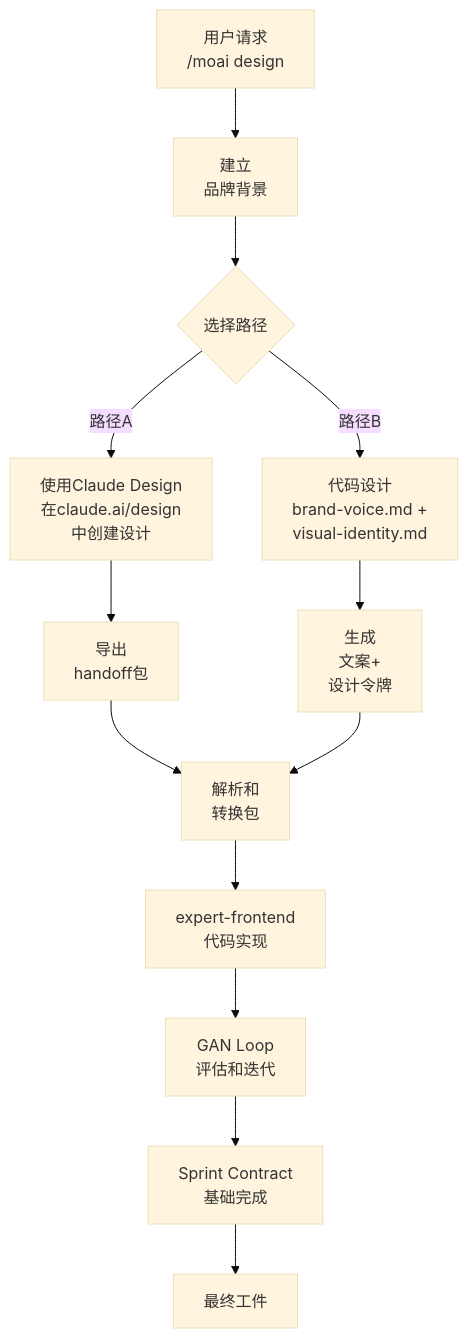
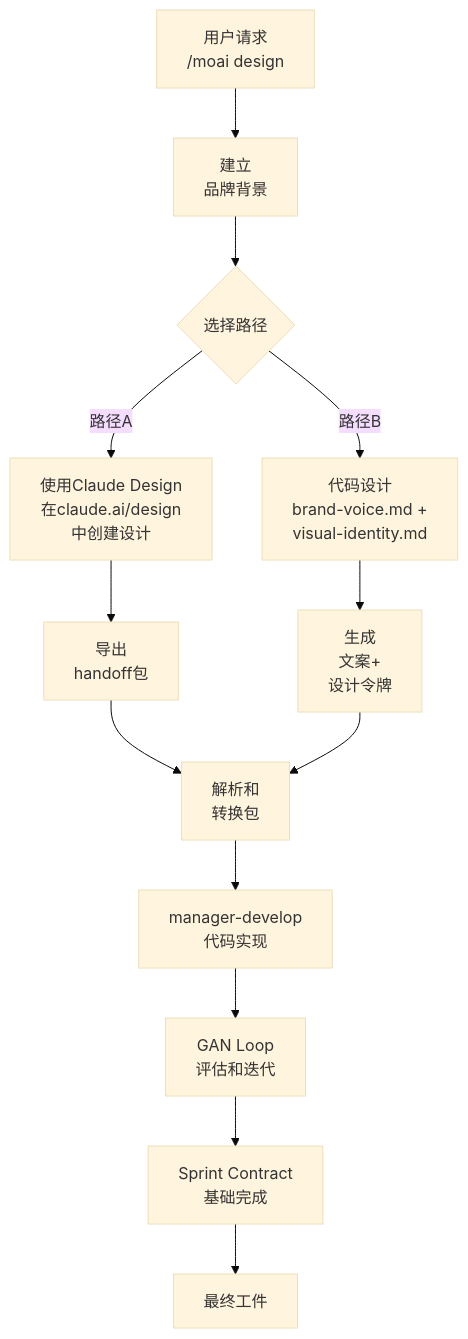
Before and after one commit to modu-ai/moai-adk: the diagram in docs-site/content/zh/design/_index.md, drawn with Mermaid (base theme). The commit also changed 153 other files, not shown here.

````diff
--- a/docs-site/content/zh/design/_index.md
+++ b/docs-site/content/zh/design/_index.md
@@ -14,15 +14,15 @@
 ```mermaid
 flowchart TD
     A["用户请求<br>/moai design"] --> B["建立<br>品牌背景"]
     B --> C{选择路径}
     C -->|路径A| D["使用Claude Design<br>在claude.ai/design<br>中创建设计"]
     C -->|路径B| E["代码设计<br>brand-voice.md +<br>visual-identity.md"]
     D --> F["导出<br>handoff包"]
     E --> G["生成<br>文案+<br>设计令牌"]
     F --> H["解析和<br>转换包"]
     G --> H
-    H --> I["expert-frontend<br>代码实现"]
+    H --> I["manager-develop<br>代码实现"]
     I --> J["GAN Loop<br>评估和迭代"]
     J --> K["Sprint Contract<br>基础完成"]
     K --> L["最终工件"]
 ```
````
